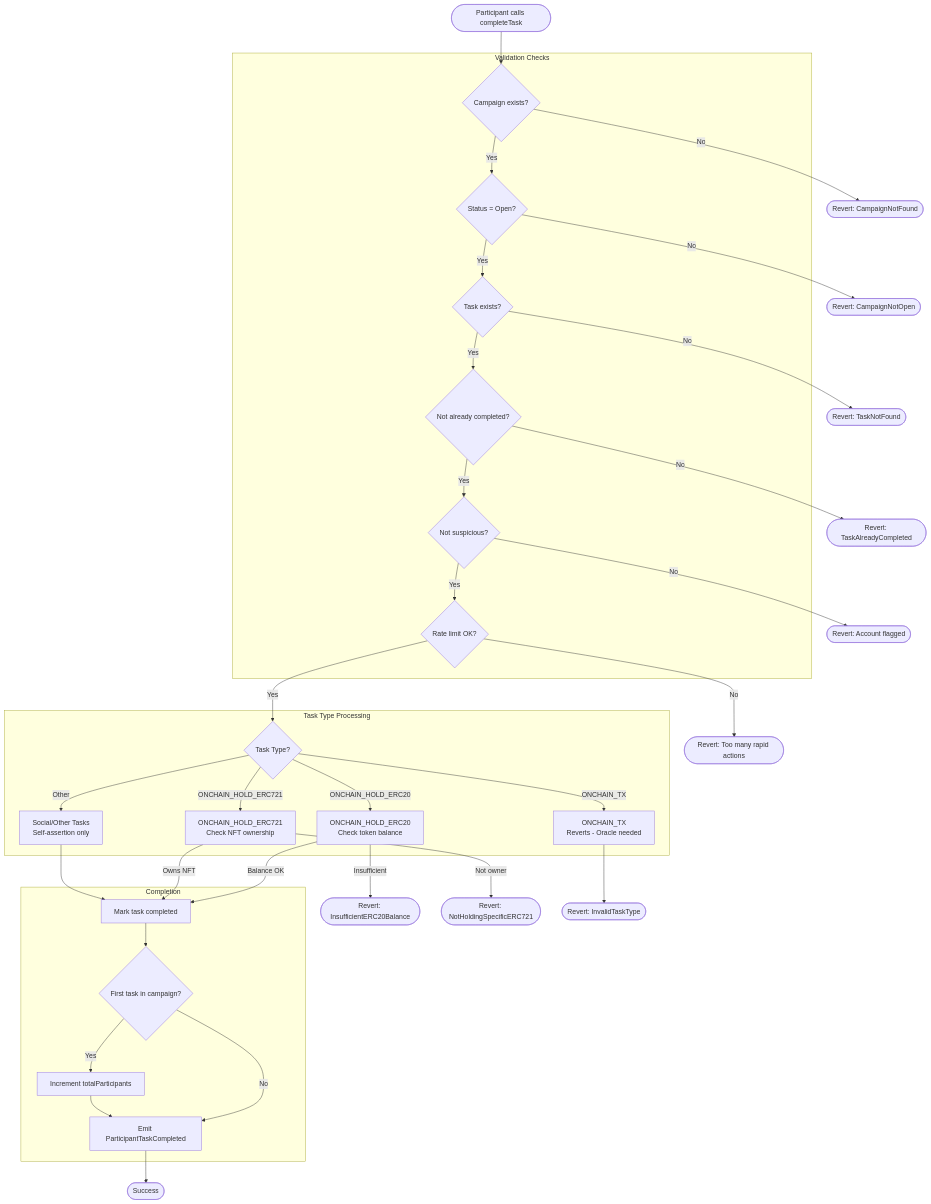
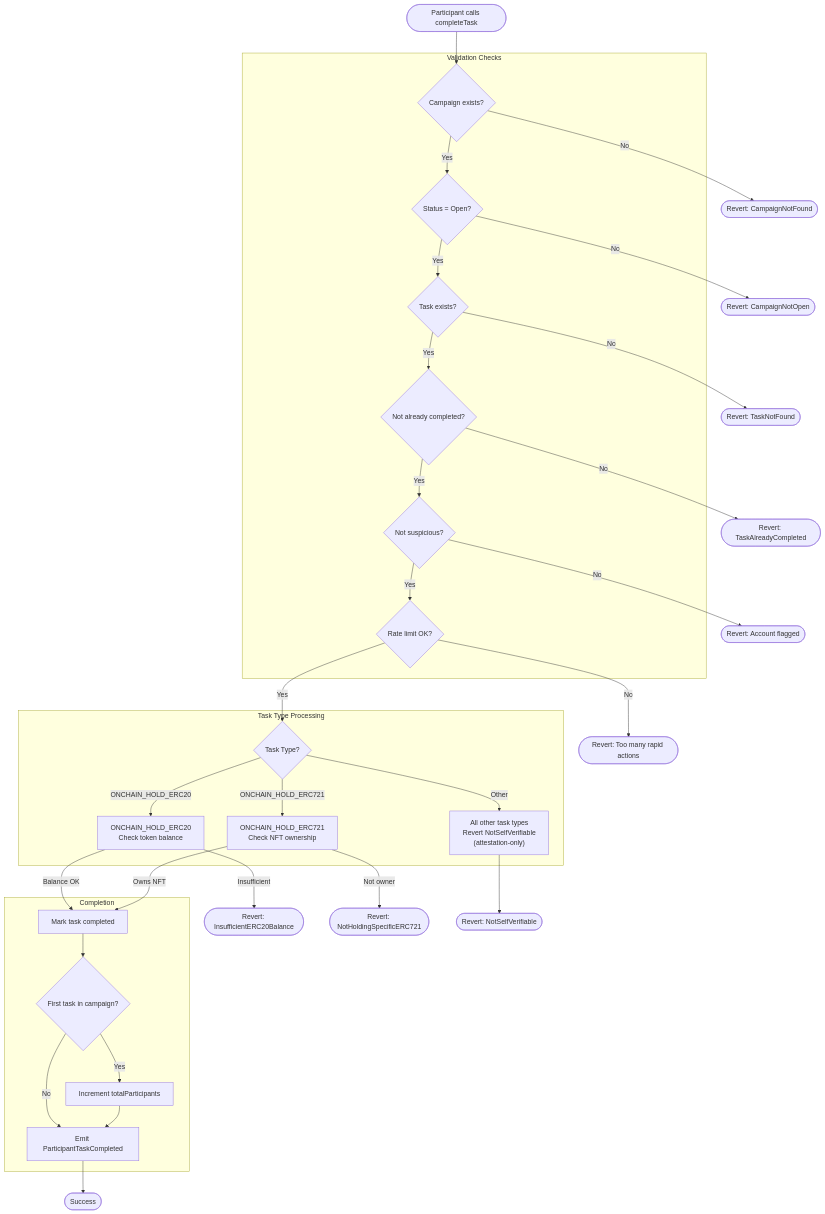
One commit to DheerajShrivastav/Dapp-Drop-Smart-Contract changed the tenth of 15 diagrams in CAMPAIGN_WORKFLOW.md. Above: the diagram before and after it, drawn with Mermaid. The commit also changed 8 other files, not shown here.

First line of the commit message:
docs: record completeTask self-assertion fix (CRITICAL)

````diff
--- a/CAMPAIGN_WORKFLOW.md
+++ b/CAMPAIGN_WORKFLOW.md
@@ -295,60 +295,57 @@
 ```mermaid
 flowchart TB
     Start([Participant calls completeTask])
     
     subgraph "Validation Checks"
         V1{Campaign exists?}
         V2{Status = Open?}
         V3{Task exists?}
         V4{Not already completed?}
         V5{Not suspicious?}
         V6{Rate limit OK?}
     end
     
     subgraph "Task Type Processing"
         TT{Task Type?}
         OnChainERC20["ONCHAIN_HOLD_ERC20<br/>Check token balance"]
         OnChainERC721["ONCHAIN_HOLD_ERC721<br/>Check NFT ownership"]
-        OnChainTX["ONCHAIN_TX<br/>Reverts - Oracle needed"]
-        OffChain["Social/Other Tasks<br/>Self-assertion only"]
+        OffChain["All other task types<br/>Revert NotSelfVerifiable<br/>(attestation-only)"]
     end
     
     subgraph "Completion"
         Mark[Mark task completed]
         Track{First task in campaign?}
         Inc[Increment totalParticipants]
         Emit[Emit ParticipantTaskCompleted]
     end
     
     Start --> V1
     V1 -->|No| Error1([Revert: CampaignNotFound])
     V1 -->|Yes| V2
     V2 -->|No| Error2([Revert: CampaignNotOpen])
     V2 -->|Yes| V3
     V3 -->|No| Error3([Revert: TaskNotFound])
     V3 -->|Yes| V4
     V4 -->|No| Error4([Revert: TaskAlreadyCompleted])
     V4 -->|Yes| V5
     V5 -->|No| Error5([Revert: Account flagged])
     V5 -->|Yes| V6
     V6 -->|No| Error6([Revert: Too many rapid actions])
     V6 -->|Yes| TT
     
     TT -->|ONCHAIN_HOLD_ERC20| OnChainERC20
     TT -->|ONCHAIN_HOLD_ERC721| OnChainERC721
-    TT -->|ONCHAIN_TX| OnChainTX
     TT -->|Other| OffChain
     
     OnChainERC20 -->|Balance OK| Mark
     OnChainERC20 -->|Insufficient| Error7([Revert: InsufficientERC20Balance])
     OnChainERC721 -->|Owns NFT| Mark
     OnChainERC721 -->|Not owner| Error8([Revert: NotHoldingSpecificERC721])
-    OnChainTX --> Error9([Revert: InvalidTaskType])
-    OffChain --> Mark
+    OffChain --> Error9([Revert: NotSelfVerifiable])
     
     Mark --> Track
     Track -->|Yes| Inc
     Track -->|No| Emit
     Inc --> Emit
     Emit --> End([Success])
 ```
````
